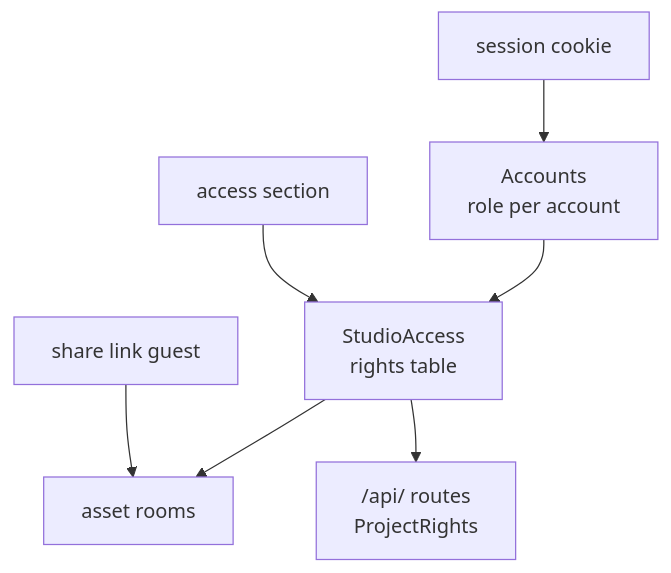
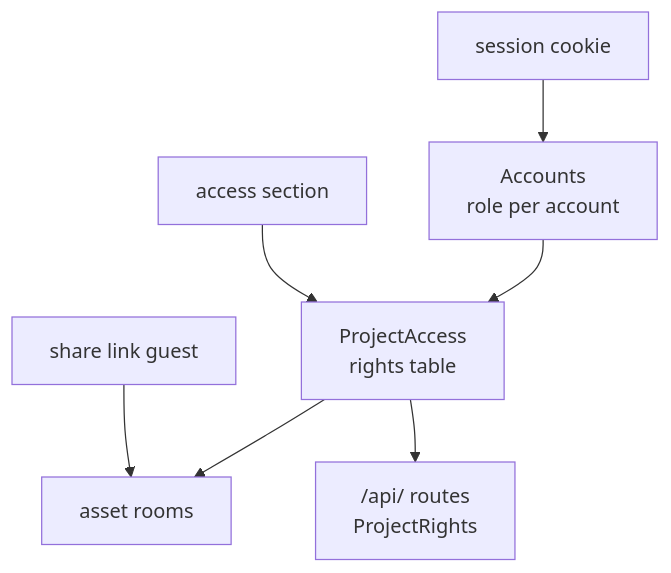
Before and after one commit to JollyPixel/editor: the fourth of 6 diagrams in packages/studio/ARCHITECTURE.md, drawn with Mermaid. The commit also changed other lines of this file and 168 other files, not shown here.

````diff
--- a/packages/studio/ARCHITECTURE.md
+++ b/packages/studio/ARCHITECTURE.md
@@ -52,9 +52,9 @@
 ```mermaid
 flowchart TB
     Cookie["session cookie"] --> Accounts["Accounts<br/>role per account"]
-    AccessFile["access section"] --> Access["StudioAccess<br/>rights table"]
+    AccessFile["access section"] --> Access["ProjectAccess<br/>rights table"]
     Accounts --> Access
     Share["share link guest"] --> Rooms["asset rooms"]
     Access --> Rooms
     Access --> Api["/api/ routes<br/>ProjectRights"]
 ```
````
